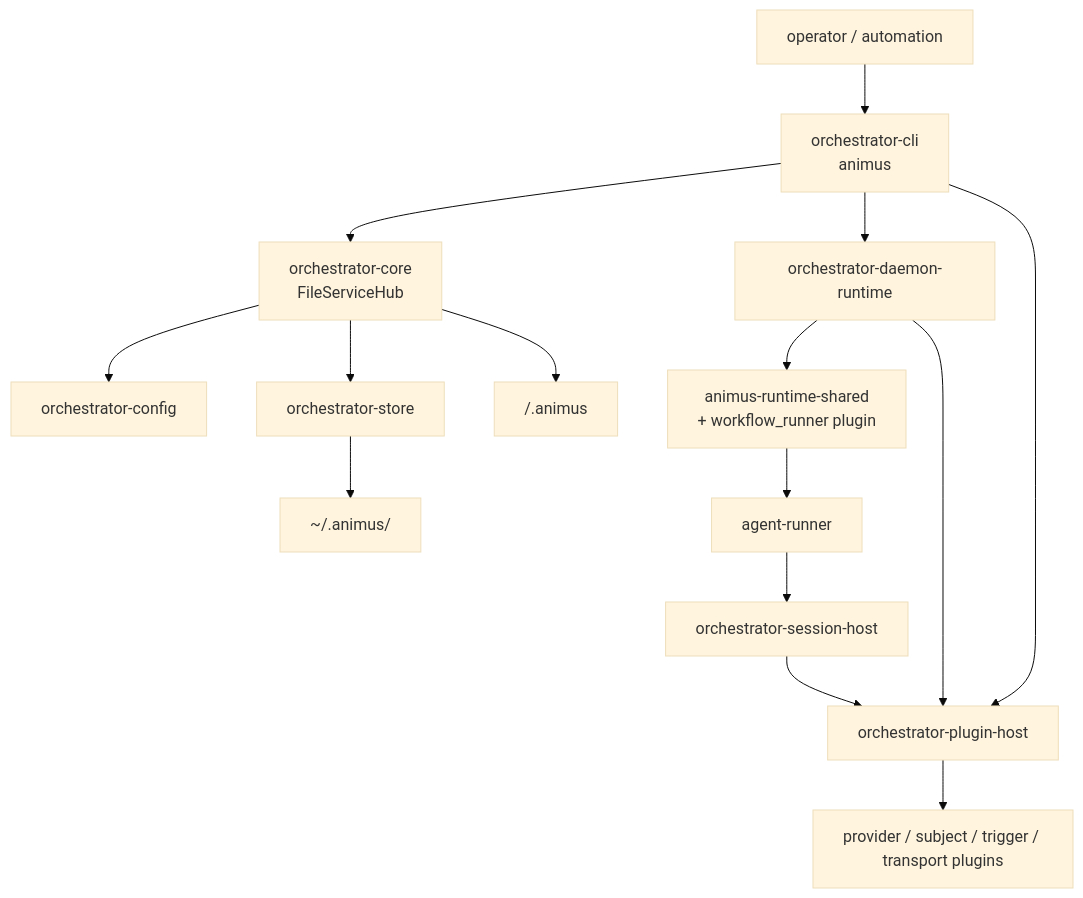
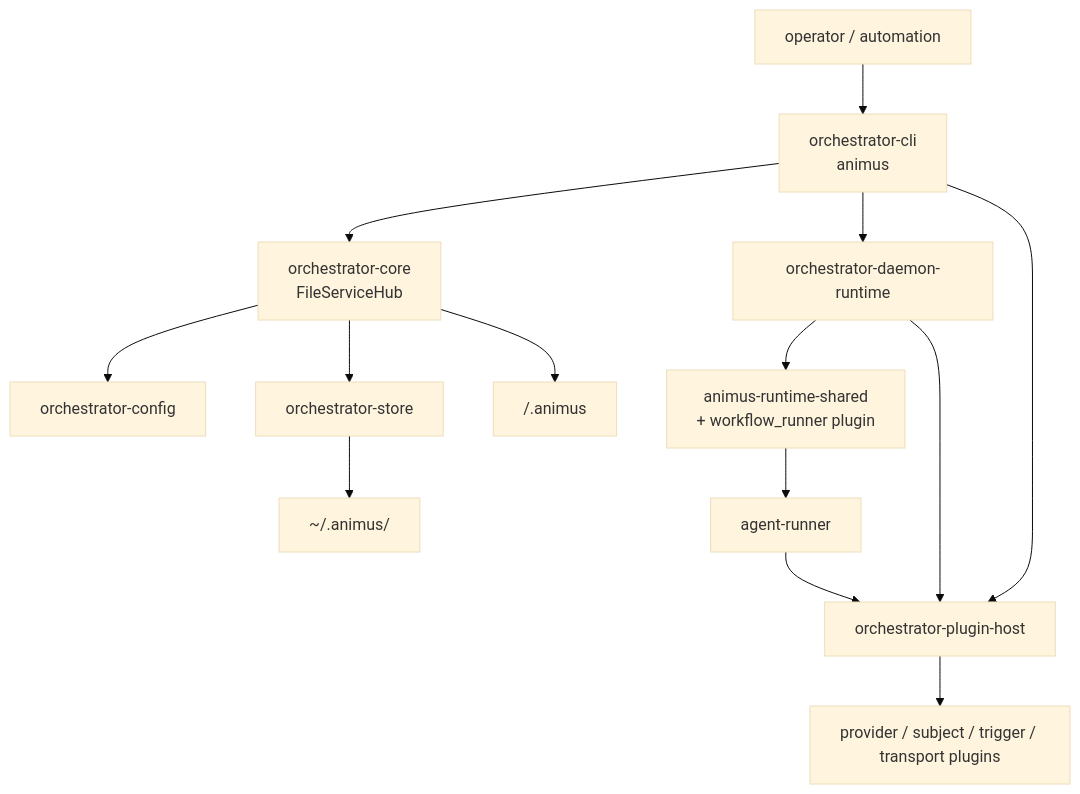
The diagram in docs/architecture/runtime-architecture.md (launchapp-dev/animus-cli), drawn with Mermaid (base theme) before and after one commit. The commit also changed other lines of this file and 37 other files, not shown here.

````diff
--- a/docs/architecture/runtime-architecture.md
+++ b/docs/architecture/runtime-architecture.md
@@ -31,31 +30,29 @@
 ```mermaid
 flowchart TB
     OP["operator / automation"]
     CLI["orchestrator-cli<br/>animus"]
     CORE["orchestrator-core<br/>FileServiceHub"]
     CFG["orchestrator-config"]
     STORE["orchestrator-store"]
     DAEMON["orchestrator-daemon-runtime"]
     WFR["animus-runtime-shared<br/>+ workflow_runner plugin"]
     AR["agent-runner"]
-    SESSION["orchestrator-session-host"]
     PHOST["orchestrator-plugin-host"]
     PLUGINS["provider / subject / trigger / transport plugins"]
     STATE["~/.animus/<repo-scope>"]
     LOCAL["<project>/.animus"]
 
     OP --> CLI
     CLI --> CORE
     CLI --> DAEMON
     CORE --> CFG
     CORE --> STORE
     CORE --> LOCAL
     STORE --> STATE
     DAEMON --> WFR
     WFR --> AR
-    AR --> SESSION
-    SESSION --> PHOST
+    AR --> PHOST
     DAEMON --> PHOST
     CLI --> PHOST
     PHOST --> PLUGINS
 ```
````
